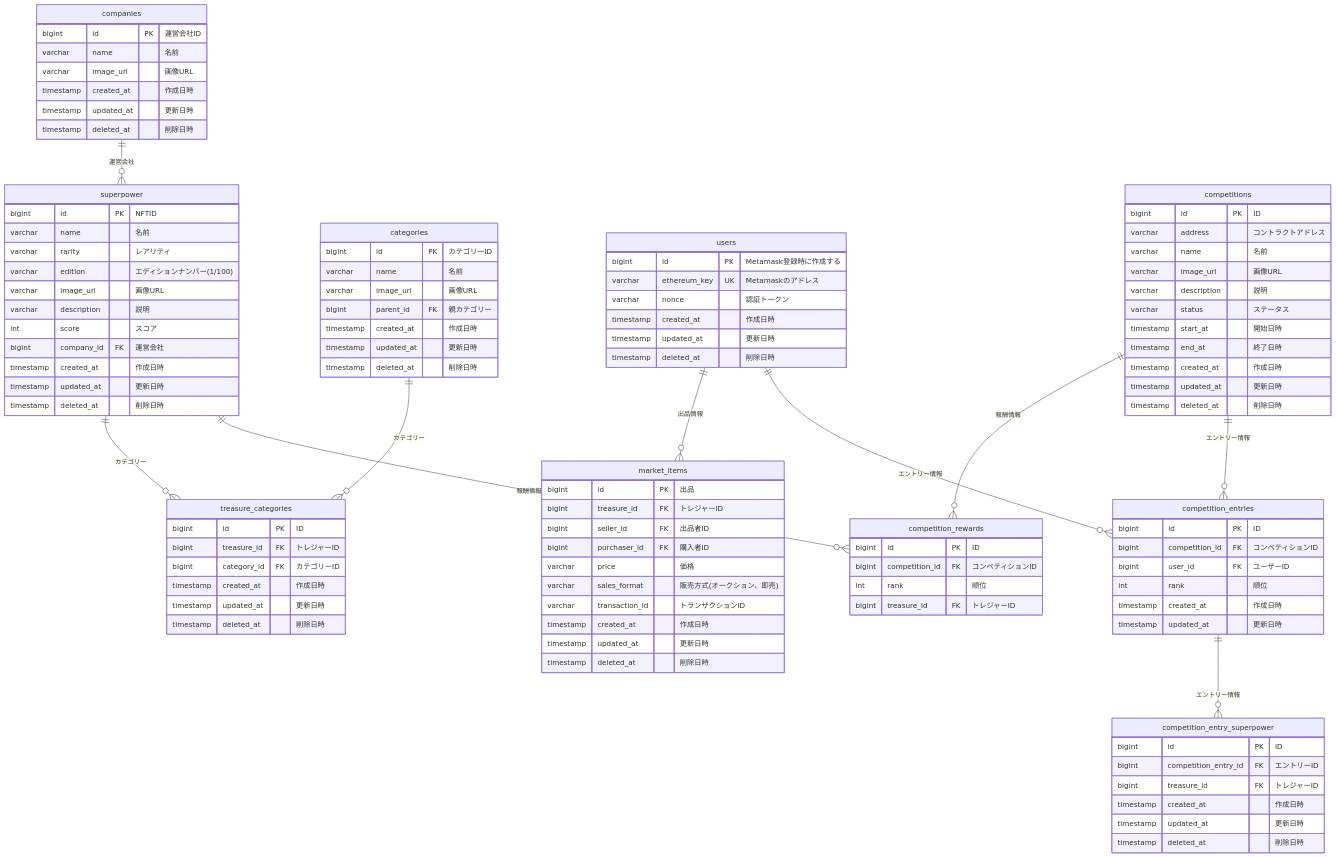
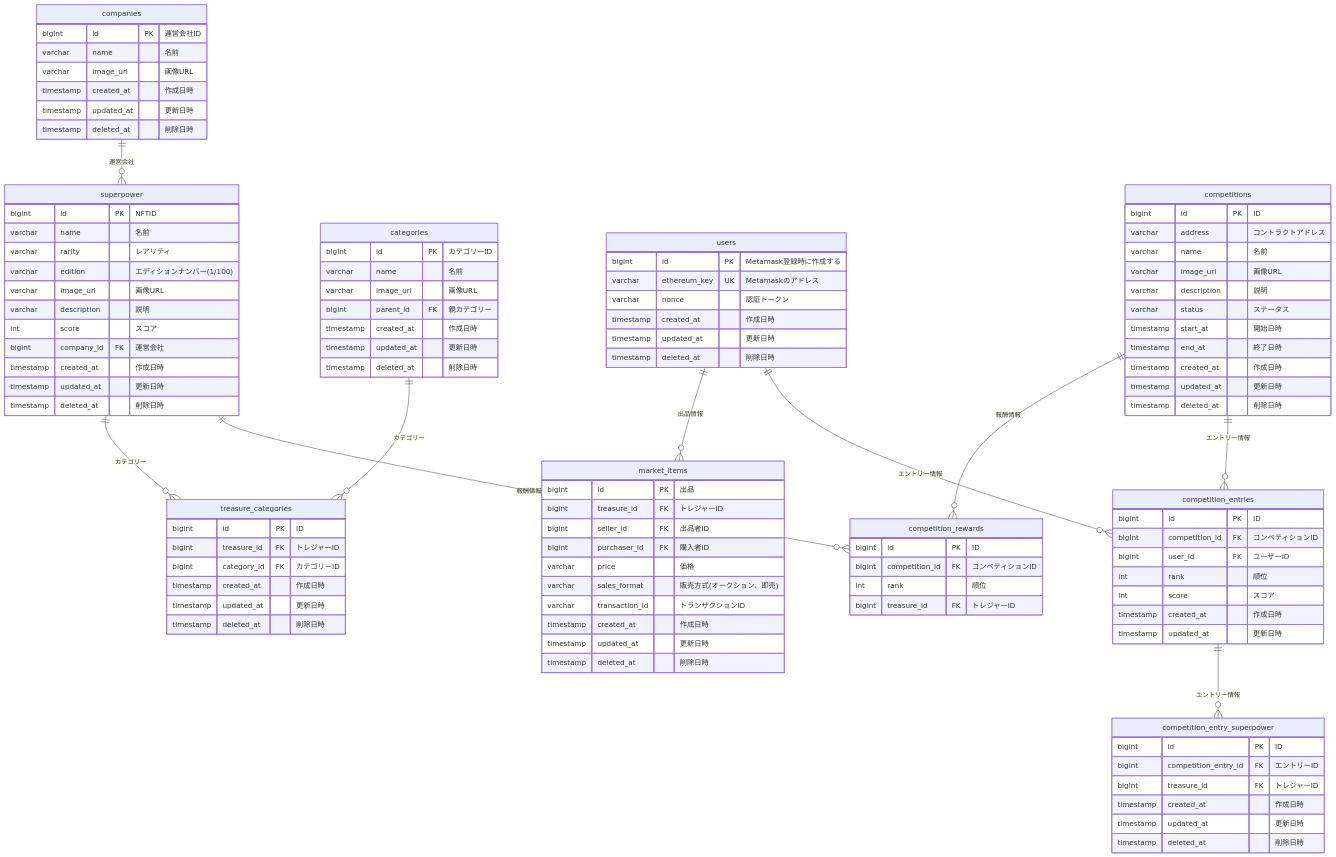
Before and after one commit to MIDORIinStealthmode/CarbonLeague_arfa: the second of 2 diagrams in docs/ARCHITECTURE.md, drawn with Mermaid.

```diff
--- a/docs/ARCHITECTURE.md
+++ b/docs/ARCHITECTURE.md
@@ -142,6 +142,7 @@
         bigint competition_id FK "コンペティションID"
         bigint user_id FK "ユーザーID"
         int rank "順位"
+        int score "スコア"
         timestamp created_at "作成日時"
         timestamp updated_at "更新日時"
     }
```
